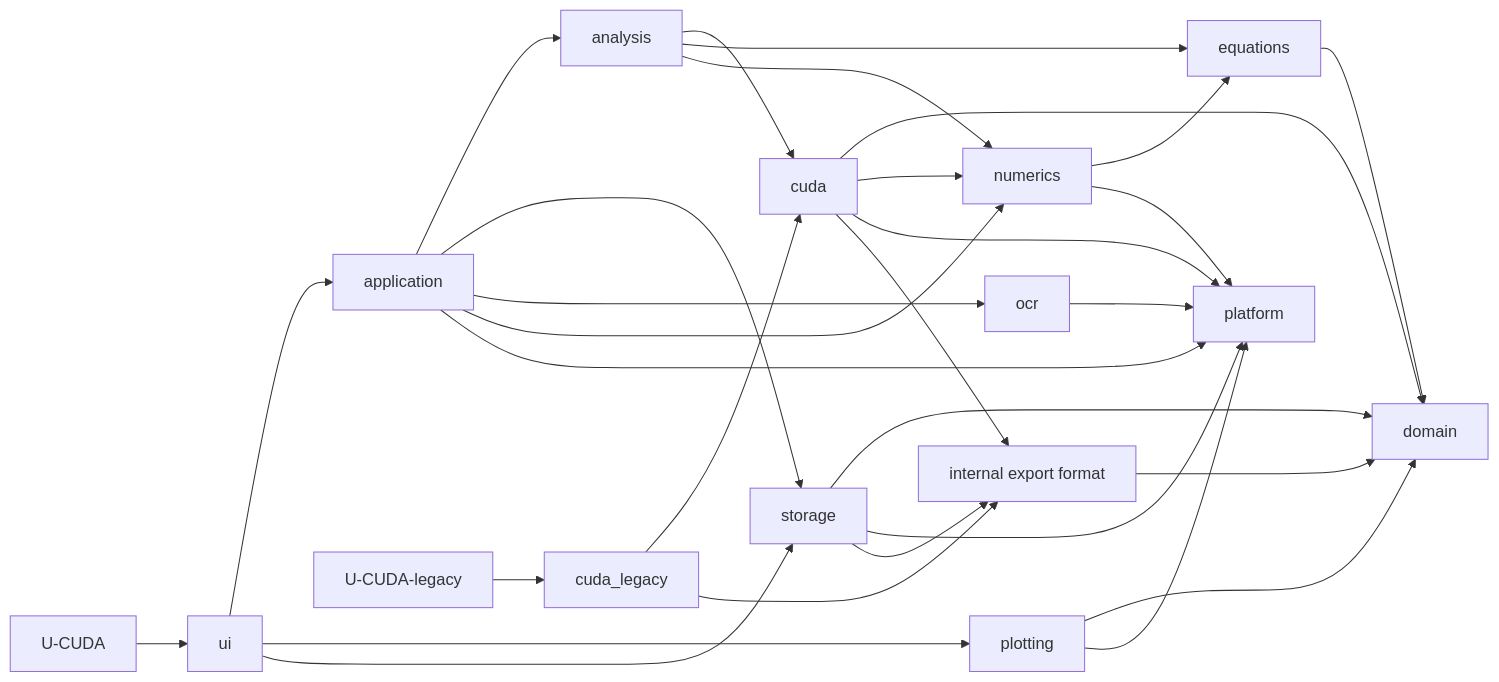
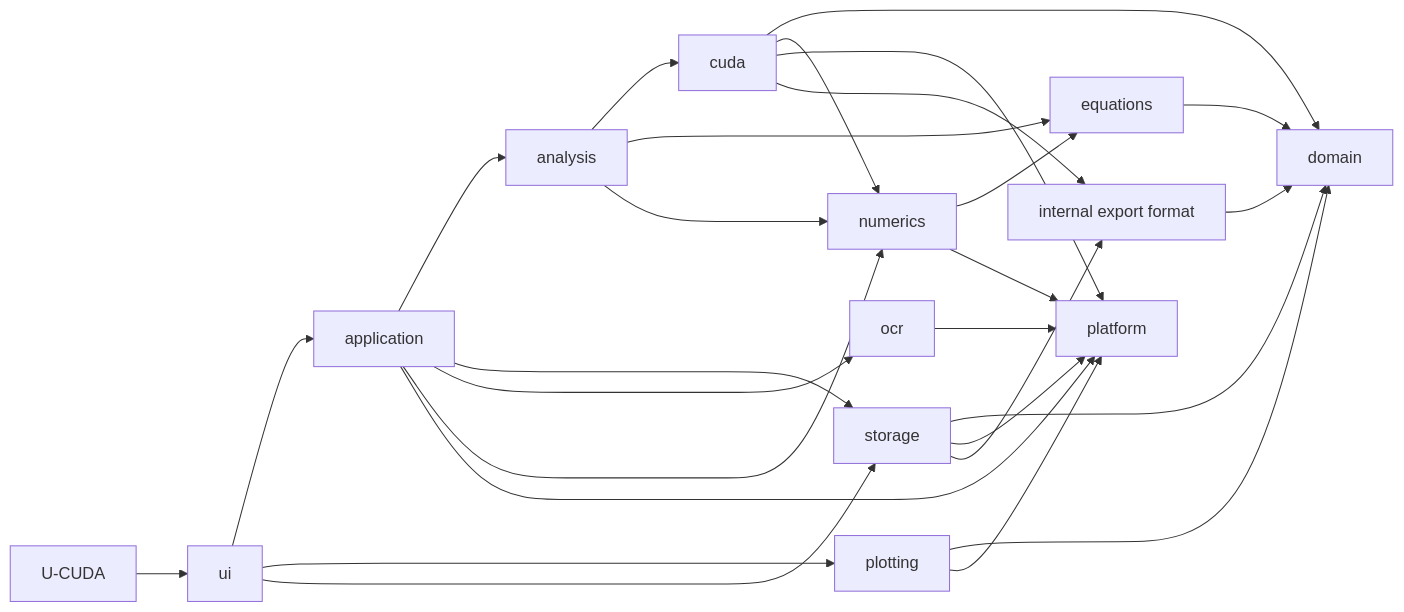
One commit to 0JASQUE0/U-CUDA changed the diagram in ARCHITECTURE.md. Above: the diagram before and after it, drawn with Mermaid. The commit also changed other lines of this file and 59 other files, not shown here.

````diff
--- a/ARCHITECTURE.md
+++ b/ARCHITECTURE.md
@@ -14,48 +14,43 @@
 ```mermaid
 flowchart LR
     domain[domain]
     platform[platform]
     equations[equations]
     numerics[numerics]
     exportfmt[internal export format]
     cuda[cuda]
-    cudalegacy[cuda_legacy]
     analysis[analysis]
     storage[storage]
     ocr[ocr]
     application[application]
     plotting[plotting]
     ui[ui]
     desktop[U-CUDA]
-    legacy[U-CUDA-legacy]
 
     equations --> domain
     numerics --> equations
     numerics --> platform
     exportfmt --> domain
     cuda --> domain
     cuda --> numerics
     cuda --> platform
     cuda --> exportfmt
     analysis --> cuda
     analysis --> equations
     analysis --> numerics
     storage --> domain
     storage --> platform
     storage --> exportfmt
     ocr --> platform
     application --> analysis
     application --> storage
     application --> ocr
     application --> numerics
     application --> platform
     plotting --> domain
     plotting --> platform
     ui --> application
     ui --> plotting
     ui --> storage
     desktop --> ui
-    cudalegacy --> cuda
-    cudalegacy --> exportfmt
-    legacy --> cudalegacy
 ```
````
